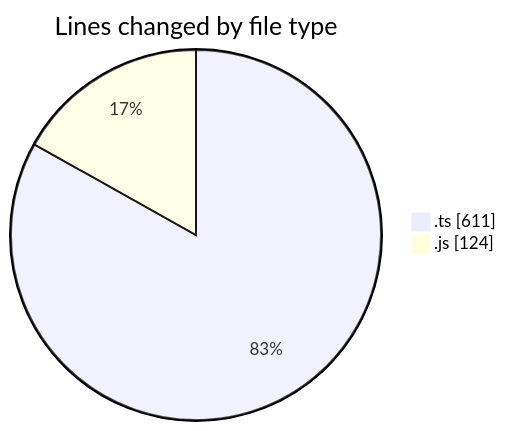
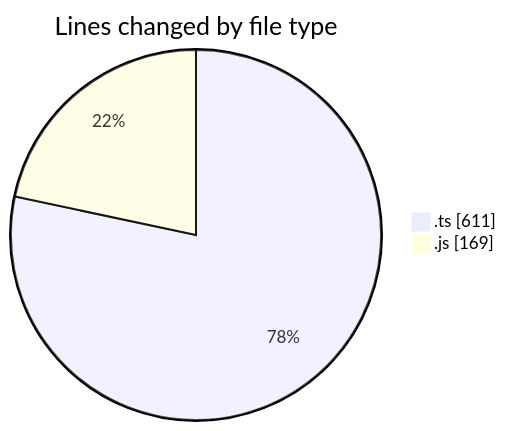
The first of 2 diagrams in 2025-05-28/cda/README.md (momahboobian/code-tracking), drawn with Mermaid before and after one commit. The commit also changed other lines of this file and 1 other file, not shown here.

````diff
--- a/2025-05-28/cda/README.md
+++ b/2025-05-28/cda/README.md
@@ -22,6 +23,6 @@
 ```mermaid
 pie showData
 title Lines changed by file type
 ".ts" : 611
-".js" : 124
+".js" : 169
 ```
````
